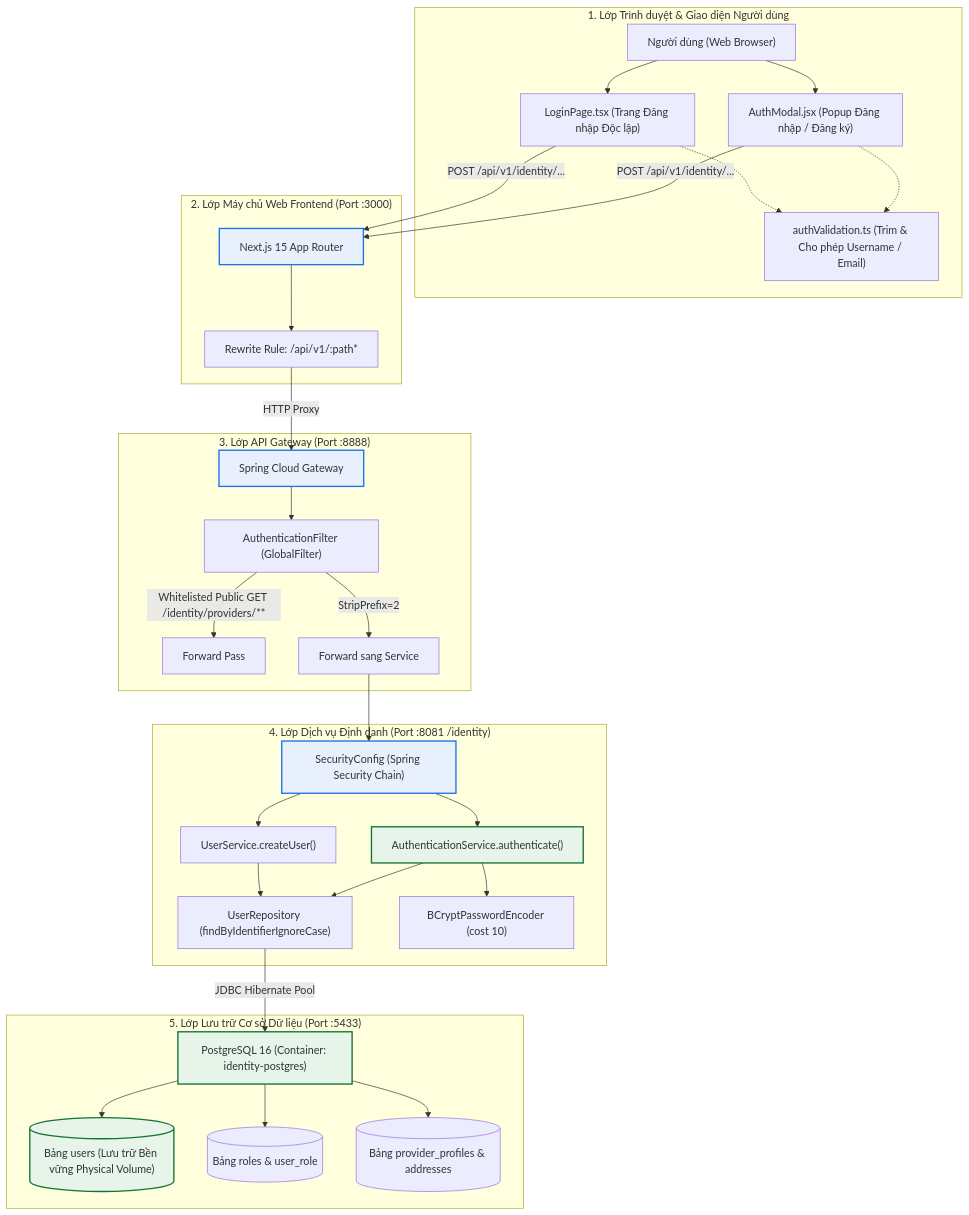
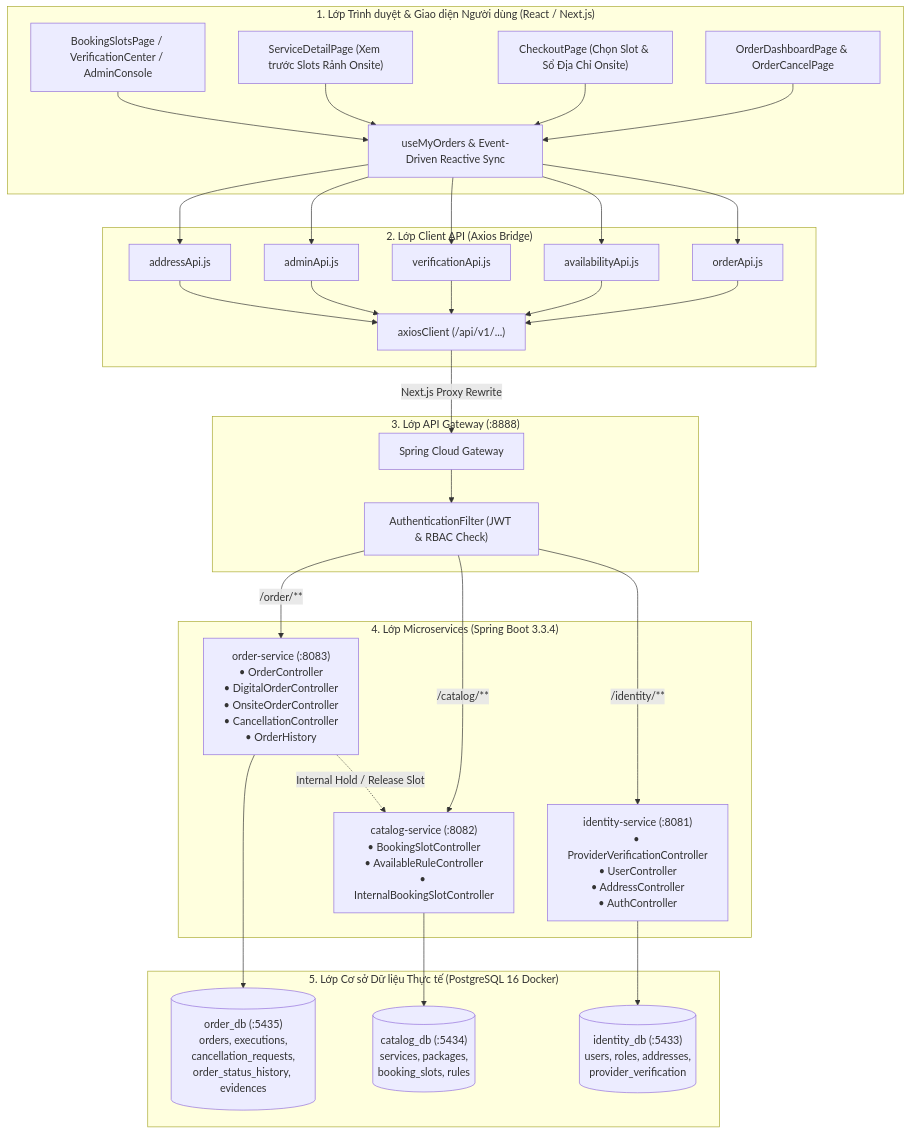
Before and after one commit to ThaiTu-cmd/WorkGo: the diagram in REPORT.md, drawn with Mermaid. The commit also changed other lines of this file and 32 other files, not shown here.

First line of the commit message:
feat(frontend): đồng bộ 100% API backend lên frontend và hoàn thiện vòng đời đơn hàng

````diff
--- a/REPORT.md
+++ b/REPORT.md
@@ -55,56 +51,51 @@
 ```mermaid
 flowchart TD
-    subgraph ClientLayer ["1. Lớp Trình duyệt & Giao diện Người dùng"]
-        U["Người dùng (Web Browser)"]
-        UI1["AuthModal.jsx (Popup Đăng nhập / Đăng ký)"]
-        UI2["LoginPage.tsx (Trang Đăng nhập Độc lập)"]
-        Val["authValidation.ts (Trim & Cho phép Username / Email)"]
-        U --> UI1 & UI2
-        UI1 & UI2 -.-> Val
+    subgraph ClientLayer ["1. Lớp Trình duyệt & Giao diện Người dùng (React / Next.js)"]
+        UI_Order["OrderDashboardPage & OrderCancelPage"]
+        UI_Checkout["CheckoutPage (Chọn Slot & Sổ Địa Chỉ Onsite)"]
+        UI_Detail["ServiceDetailPage (Xem trước Slots Rảnh Onsite)"]
+        UI_Parity["BookingSlotsPage / VerificationCenter / AdminConsole"]
+        Hooks["useMyOrders & Event-Driven Reactive Sync"]
+        UI_Order & UI_Checkout & UI_Detail & UI_Parity --> Hooks
     end
 
-    subgraph WebServer ["2. Lớp Máy chủ Web Frontend (Port :3000)"]
-        Next["Next.js 15 App Router"]
-        Rewrite["Rewrite Rule: /api/v1/:path*"]
-        UI1 & UI2 -->|POST /api/v1/identity/...| Next
-        Next --> Rewrite
+    subgraph ApiClientLayer ["2. Lớp Client API (Axios Bridge)"]
+        Axios["axiosClient (/api/v1/...)"]
+        OrderApi["orderApi.js"]
+        AvailApi["availabilityApi.js"]
+        VerifApi["verificationApi.js"]
+        AdminApi["adminApi.js"]
+        AddressApi["addressApi.js"]
+        Hooks --> OrderApi & AvailApi & VerifApi & AdminApi & AddressApi
+        OrderApi & AvailApi & VerifApi & AdminApi & AddressApi --> Axios
     end
 
-    subgraph GatewayLayer ["3. Lớp API Gateway (Port :8888)"]
+    subgraph GatewayLayer ["3. Lớp API Gateway (:8888)"]
         GW["Spring Cloud Gateway"]
-        AuthFilter["AuthenticationFilter (GlobalFilter)"]
-        Rewrite -->|HTTP Proxy| GW
+        AuthFilter["AuthenticationFilter (JWT & RBAC Check)"]
+        Axios -->|Next.js Proxy Rewrite| GW
         GW --> AuthFilter
-        AuthFilter -->|Whitelisted Public GET /identity/providers/**| RoutePass["Forward Pass"]
-        AuthFilter -->|StripPrefix=2| Forward["Forward sang Service"]
     end
 
-    subgraph IdentityServiceLayer ["4. Lớp Dịch vụ Định danh (Port :8081 /identity)"]
-        SecConfig["SecurityConfig (Spring Security Chain)"]
-        AuthService["AuthenticationService.authenticate()"]
-        UserService["UserService.createUser()"]
-        UserRepo["UserRepository (findByIdentifierIgnoreCase)"]
-        BCrypt["BCryptPasswordEncoder (cost 10)"]
+    subgraph ServicesLayer ["4. Lớp Microservices (Spring Boot 3.3.4)"]
+        OrderSvc["order-service (:8083)<br/>• OrderController<br/>• DigitalOrderController<br/>• OnsiteOrderController<br/>• CancellationController<br/>• OrderHistory"]
+        CatalogSvc["catalog-service (:8082)<br/>• BookingSlotController<br/>• AvailableRuleController<br/>• InternalBookingSlotController"]
+        IdentitySvc["identity-service (:8081)<br/>• ProviderVerificationController<br/>• UserController<br/>• AddressController<br/>• AuthController"]
         
-        Forward --> SecConfig
-        SecConfig --> AuthService & UserService
-        AuthService --> UserRepo
-        AuthService --> BCrypt
-        UserService --> UserRepo
+        AuthFilter -->|/order/**| OrderSvc
+        AuthFilter -->|/catalog/**| CatalogSvc
+        AuthFilter -->|/identity/**| IdentitySvc
+
+        OrderSvc -.->|Internal Hold / Release Slot| CatalogSvc
     end
 
-    subgraph DatabaseLayer ["5. Lớp Lưu trữ Cơ sở Dữ liệu (Port :5433)"]
-        PG["PostgreSQL 16 (Container: identity-postgres)"]
-        TableUsers[("Bảng users (Lưu trữ Bền vững Physical Volume)")]
-        TableRoles[("Bảng roles & user_role")]
-        TableProfiles[("Bảng provider_profiles & addresses")]
-        
-        UserRepo -->|JDBC Hibernate Pool| PG
-        PG --> TableUsers & TableRoles & TableProfiles
+    subgraph DatabaseLayer ["5. Lớp Cơ sở Dữ liệu Thực tế (PostgreSQL 16 Docker)"]
+        DB_Order[("order_db (:5435)<br/>orders, executions,<br/>cancellation_requests,<br/>order_status_history, evidences")]
+        DB_Catalog[("catalog_db (:5434)<br/>services, packages,<br/>booking_slots, rules")]
+        DB_Identity[("identity_db (:5433)<br/>users, roles, addresses,<br/>provider_verification")]
+
+        OrderSvc --> DB_Order
+        CatalogSvc --> DB_Catalog
+        IdentitySvc --> DB_Identity
     end
-
-    classDef pass fill:#e6f4ea,stroke:#137333,stroke-width:2px;
-    classDef arch fill:#e8f0fe,stroke:#1a73e8,stroke-width:2px;
-    class TableUsers,AuthService,PG pass;
-    class GW,Next,SecConfig arch;
 ```
````
